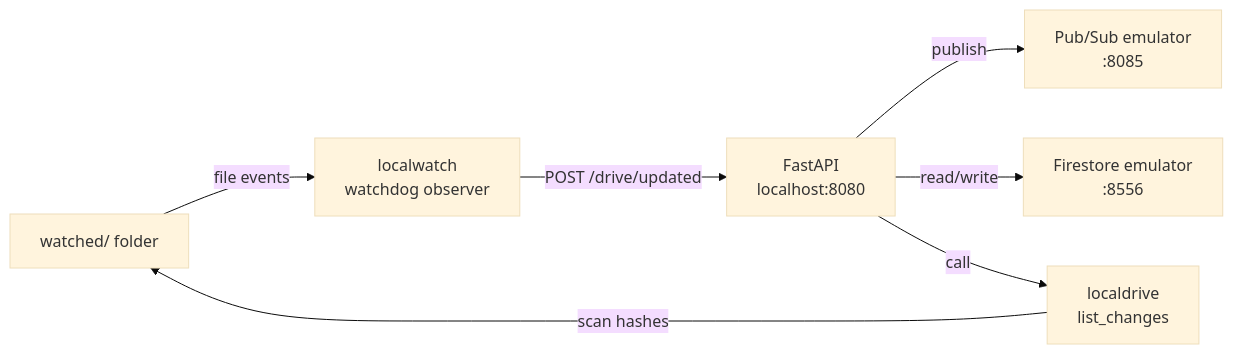
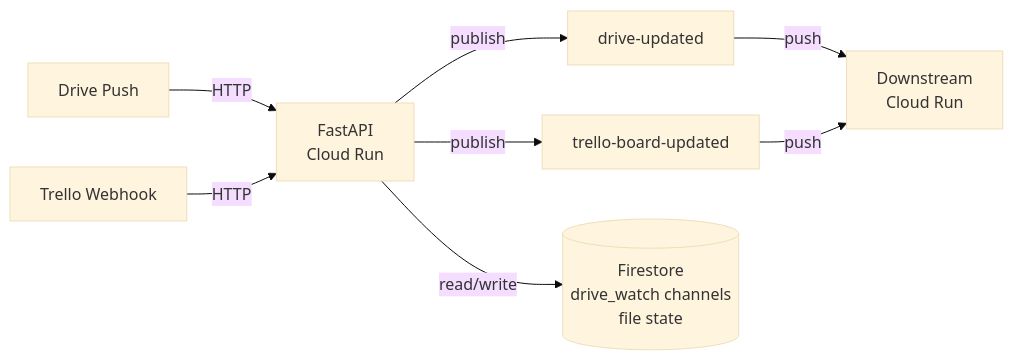
The first of 2 diagrams in README.md (get-lamp/ev-webhook), drawn with Mermaid (base theme) before and after one commit. The commit also changed other lines of this file and 23 other files, not shown here.

````diff
--- a/README.md
+++ b/README.md
@@ -65,9 +167,10 @@
 ```mermaid
 graph LR
-    Watched[watched/ folder] -->|file events| LocalWatch[localwatch<br/>watchdog observer]
-    LocalWatch -->|POST /drive/updated| Webhook[FastAPI<br/>localhost:8080]
-    Webhook -->|publish| PubsubEmu[Pub/Sub emulator<br/>:8085]
-    Webhook -->|read/write| FirestoreEmu[Firestore emulator<br/>:8556]
-    LocalDrive[localdrive<br/>list_changes] -->|scan hashes| Watched
-    Webhook -->|call| LocalDrive
+    Drive[Drive Push] -->|HTTP| Webhook
+    Trello[Trello Webhook] -->|HTTP| Webhook
+    Webhook[FastAPI<br/>Cloud Run] -->|publish| DriveTopic[drive-updated]
+    Webhook -->|publish| TrelloTopic[trello-board-updated]
+    DriveTopic -->|push| Downstream[Downstream<br/>Cloud Run]
+    TrelloTopic -->|push| Downstream
+    Webhook -->|read/write| Firestore[(Firestore<br/>drive_watch channels<br/>file state)]
 ```
````
